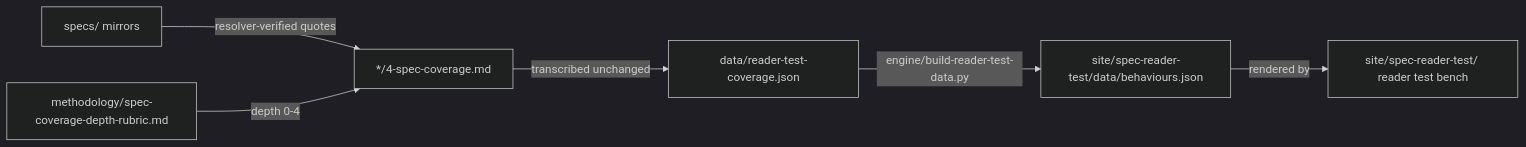
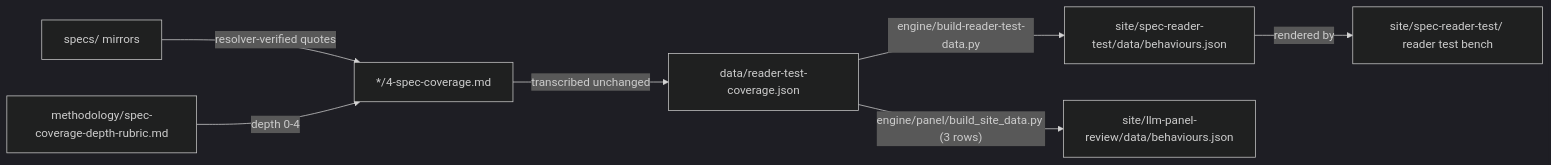
The diagram in behaviours-for-adria/OVERVIEW.md (AndresCotton/ai-character-index), drawn with Mermaid (dark theme) before and after one commit. The commit also changed other lines of this file and 16 other files, not shown here.

````diff
--- a/behaviours-for-adria/OVERVIEW.md
+++ b/behaviours-for-adria/OVERVIEW.md
@@ -21,8 +21,9 @@
 ```mermaid
 graph LR
   SWEEP["*/4-spec-coverage.md"] -->|transcribed unchanged| LEDGER["data/reader-test-coverage.json"]
   LEDGER -->|engine/build-reader-test-data.py| BENCH["site/spec-reader-test/data/behaviours.json"]
   BENCH -->|rendered by| TEST["site/spec-reader-test/ reader test bench"]
+  LEDGER -->|"engine/panel/build_site_data.py (3 rows)"| PANEL["site/llm-panel-review/data/behaviours.json"]
   SPECS["specs/ mirrors"] -->|resolver-verified quotes| SWEEP
   RUBRIC["methodology/spec-coverage-depth-rubric.md"] -->|depth 0-4| SWEEP
 ```
````
